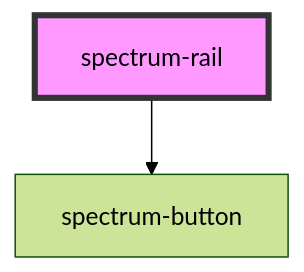
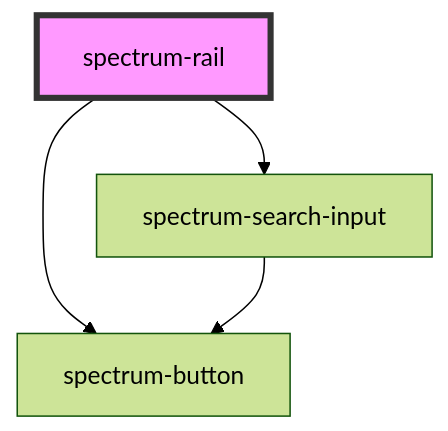
The diagram in packages/core/src/components/spectrum-rail/readme.md (emamirelar/spectrum), drawn with Mermaid (forest theme) before and after one commit. The commit also changed other lines of this file and 29 other files, not shown here.

````diff
--- a/packages/core/src/components/spectrum-rail/readme.md
+++ b/packages/core/src/components/spectrum-rail/readme.md
@@ -32,5 +60,7 @@
 ```mermaid
 graph TD;
   spectrum-rail --> spectrum-button
+  spectrum-rail --> spectrum-search-input
+  spectrum-search-input --> spectrum-button
   style spectrum-rail fill:#f9f,stroke:#333,stroke-width:4px
 ```
````
